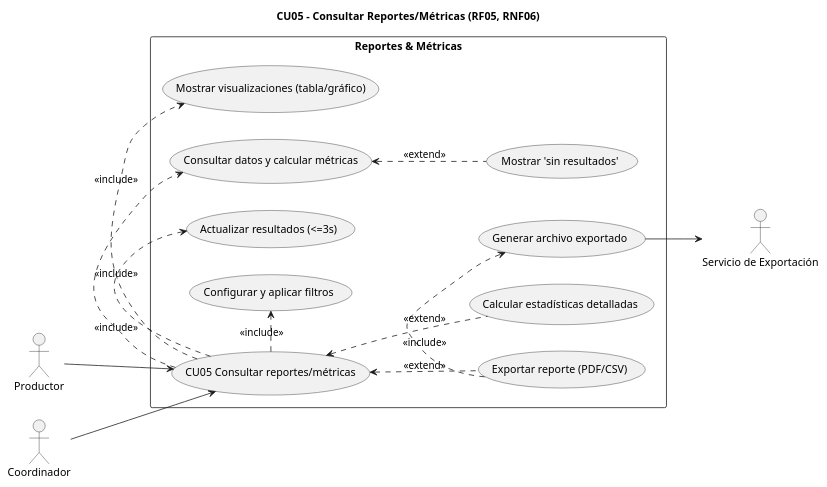
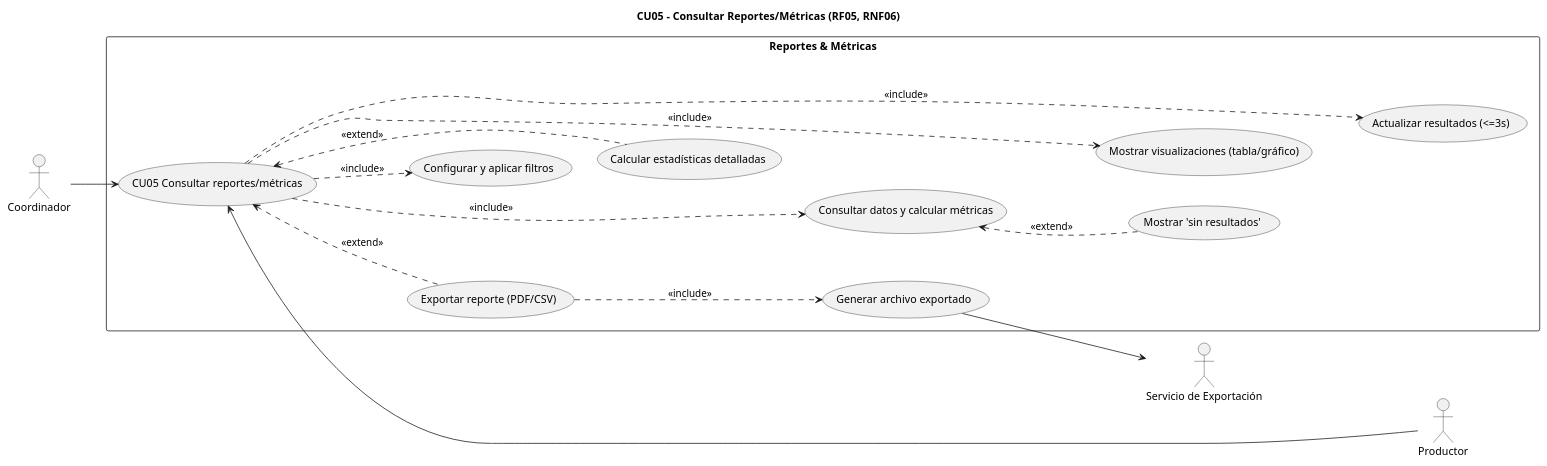
Before and after one commit to dantebiondi666-prog/SistemaProductoraVideos: the diagram in diagramas/02-casos-de-uso/02-caso-uso-consultar-reportes-05.puml, drawn with PlantUML. The commit also changed 13 other files, not shown here.

Commit message:
correccion de estructura de flechas de los diagramas de caso de uso

```diff
--- a/diagramas/02-casos-de-uso/02-caso-uso-consultar-reportes-05.puml
+++ b/diagramas/02-casos-de-uso/02-caso-uso-consultar-reportes-05.puml
@@ -1,35 +1,50 @@
 @startuml Consultar_Reportes/Métricas
 title CU05 – Consultar Reportes/Métricas (RF05, RNF06)
 left to right direction
 
 actor Productor
 actor Coordinador
 actor "Servicio de Exportación" as Export
 
 rectangle "Reportes & Métricas" {
   usecase "CU05 Consultar reportes/métricas" as CU05
   usecase "Configurar y aplicar filtros" as UC_Filtros
   usecase "Consultar datos y calcular métricas" as UC_Calcular
   usecase "Mostrar visualizaciones (tabla/gráfico)" as UC_Mostrar
   usecase "Actualizar resultados (<=3s)" as UC_Actualizar
   usecase "Mostrar 'sin resultados'" as UC_SinDatos
   usecase "Calcular estadísticas detalladas" as UC_Detalle
   usecase "Exportar reporte (PDF/CSV)" as UC_Exportar
   usecase "Generar archivo exportado" as UC_Generar
+
+  ' --- Flechas ocultas para ordenar y evitar cruces ---
+  CU05       -[hidden]-> UC_Filtros
+  UC_Filtros -[hidden]-> UC_Calcular
+  UC_Calcular-[hidden]-> UC_Mostrar
+  UC_Mostrar -[hidden]-> UC_Actualizar
+
+  UC_SinDatos -[hidden]-> UC_Calcular
+  UC_Detalle  -[hidden]-> UC_Mostrar
+
+  UC_Exportar -[hidden]-> UC_Generar
 }
-
 
 Productor  --> CU05
 Coordinador --> CU05
+
 CU05 .> UC_Filtros    : <<include>>
 CU05 .> UC_Calcular   : <<include>>
 CU05 .> UC_Mostrar    : <<include>>
 CU05 .> UC_Actualizar : <<include>>
+
 UC_Exportar .> UC_Generar : <<include>>
 UC_Generar --> Export
 
 UC_Calcular <.. UC_SinDatos : <<extend>>
-CU05 <.. UC_Detalle  : <<extend>> 
-CU05 <.. UC_Exportar : <<extend>> 
+CU05 <.. UC_Detalle  : <<extend>>
+CU05 <.. UC_Exportar : <<extend>>
+
+' --- Flecha oculta extra para espaciar actor externo ---
+Export -[hidden]-> Productor
 
 @enduml
```
